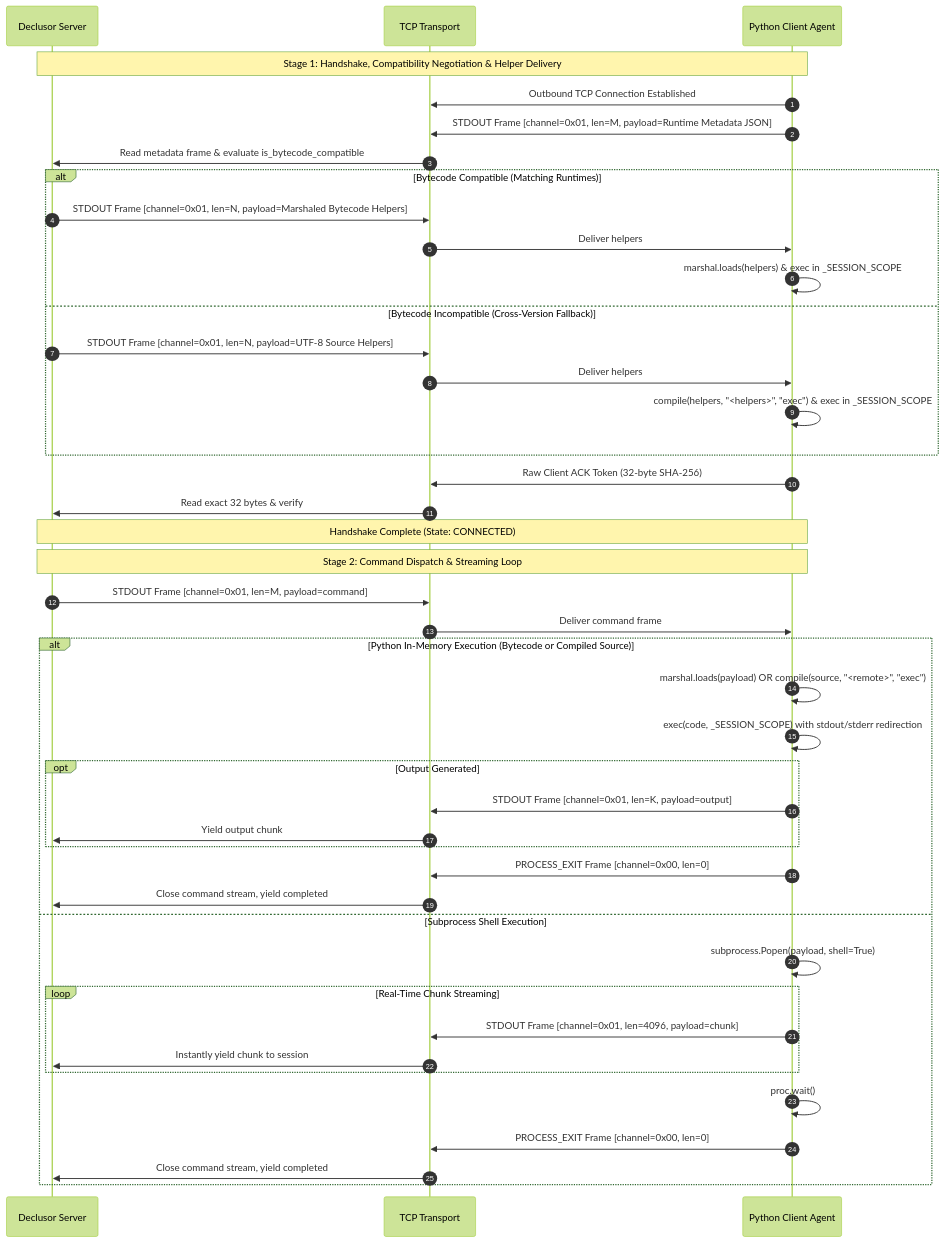
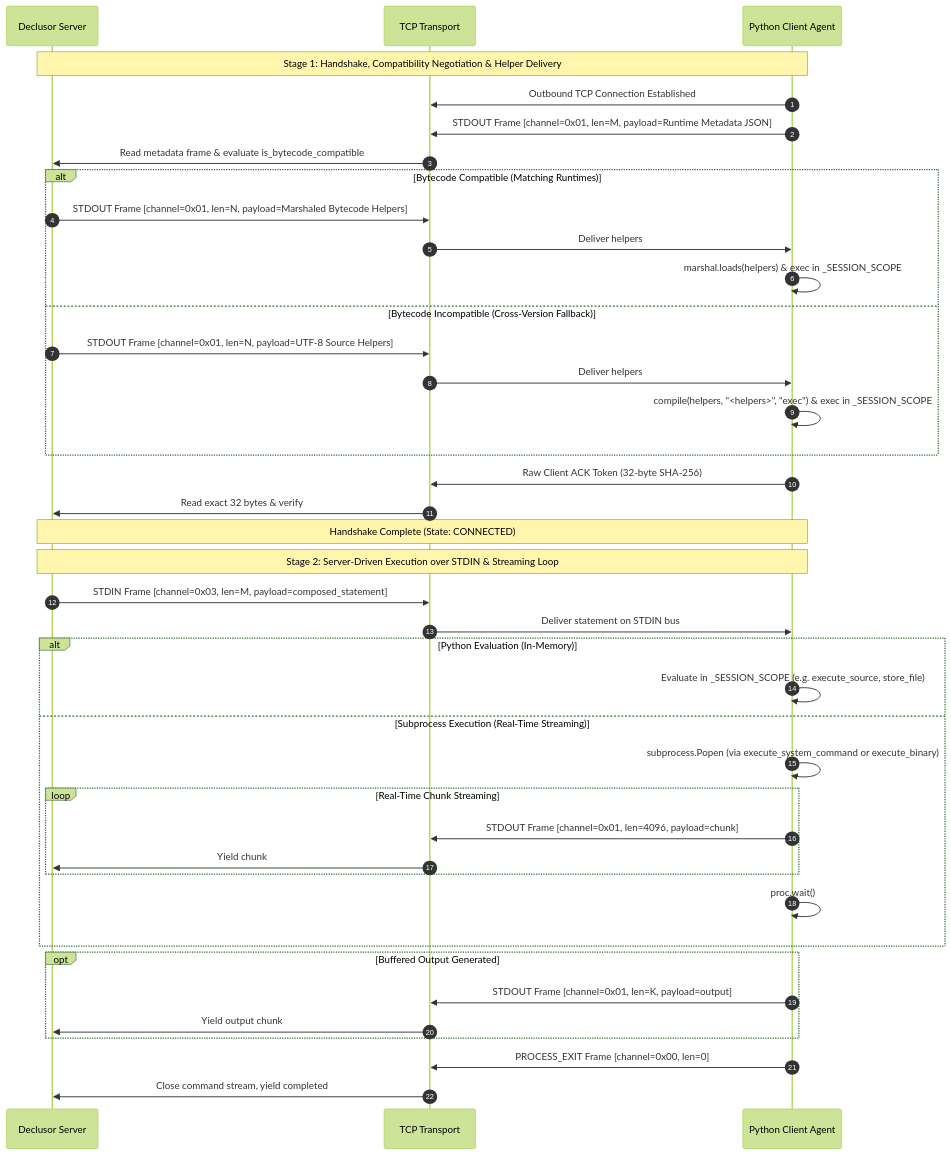
Before and after one commit to othon-hugo/declusor: the first of 2 diagrams in plugins/py_socket/PROTOCOL.md, drawn with Mermaid (forest theme). The commit also changed other lines of this file and 43 other files, not shown here.

````diff
--- a/plugins/py_socket/PROTOCOL.md
+++ b/plugins/py_socket/PROTOCOL.md
@@ -67,48 +68,44 @@
 ```mermaid
 sequenceDiagram
     autonumber
     participant Server as Declusor Server
     participant Transport as TCP Transport
     participant Client as Python Client Agent
 
     Note over Server,Client: Stage 1: Handshake, Compatibility Negotiation & Helper Delivery
     Client->>Transport: Outbound TCP Connection Established
     Client->>Transport: STDOUT Frame [channel=0x01, len=M, payload=Runtime Metadata JSON]
     Transport->>Server: Read metadata frame & evaluate is_bytecode_compatible
     alt Bytecode Compatible (Matching Runtimes)
         Server->>Transport: STDOUT Frame [channel=0x01, len=N, payload=Marshaled Bytecode Helpers]
         Transport->>Client: Deliver helpers
         Client->>Client: marshal.loads(helpers) & exec in _SESSION_SCOPE
     else Bytecode Incompatible (Cross-Version Fallback)
         Server->>Transport: STDOUT Frame [channel=0x01, len=N, payload=UTF-8 Source Helpers]
         Transport->>Client: Deliver helpers
         Client->>Client: compile(helpers, "<helpers>", "exec") & exec in _SESSION_SCOPE
     end
     Client->>Transport: Raw Client ACK Token (32-byte SHA-256)
     Transport->>Server: Read exact 32 bytes & verify
     Note over Server,Client: Handshake Complete (State: CONNECTED)
 
-    Note over Server,Client: Stage 2: Command Dispatch & Streaming Loop
-    Server->>Transport: STDOUT Frame [channel=0x01, len=M, payload=command]
-    Transport->>Client: Deliver command frame
-
-    alt Python In-Memory Execution (Bytecode or Compiled Source)
-        Client->>Client: marshal.loads(payload) OR compile(source, "<remote>", "exec")
-        Client->>Client: exec(code, _SESSION_SCOPE) with stdout/stderr redirection
-        opt Output Generated
-            Client->>Transport: STDOUT Frame [channel=0x01, len=K, payload=output]
-            Transport->>Server: Yield output chunk
-        end
-        Client->>Transport: PROCESS_EXIT Frame [channel=0x00, len=0]
-        Transport->>Server: Close command stream, yield completed
-    else Subprocess Shell Execution
-        Client->>Client: subprocess.Popen(payload, shell=True)
+    Note over Server,Client: Stage 2: Server-Driven Execution over STDIN & Streaming Loop
+    Server->>Transport: STDIN Frame [channel=0x03, len=M, payload=composed_statement]
+    Transport->>Client: Deliver statement on STDIN bus
+    alt Python Evaluation (In-Memory)
+        Client->>Client: Evaluate in _SESSION_SCOPE (e.g. execute_source, store_file)
+    else Subprocess Execution (Real-Time Streaming)
+        Client->>Client: subprocess.Popen (via execute_system_command or execute_binary)
         loop Real-Time Chunk Streaming
             Client->>Transport: STDOUT Frame [channel=0x01, len=4096, payload=chunk]
-            Transport->>Server: Instantly yield chunk to session
+            Transport->>Server: Yield chunk
         end
         Client->>Client: proc.wait()
-        Client->>Transport: PROCESS_EXIT Frame [channel=0x00, len=0]
-        Transport->>Server: Close command stream, yield completed
     end
+    opt Buffered Output Generated
+        Client->>Transport: STDOUT Frame [channel=0x01, len=K, payload=output]
+        Transport->>Server: Yield output chunk
+    end
+    Client->>Transport: PROCESS_EXIT Frame [channel=0x00, len=0]
+    Transport->>Server: Close command stream, yield completed
 ```
````
